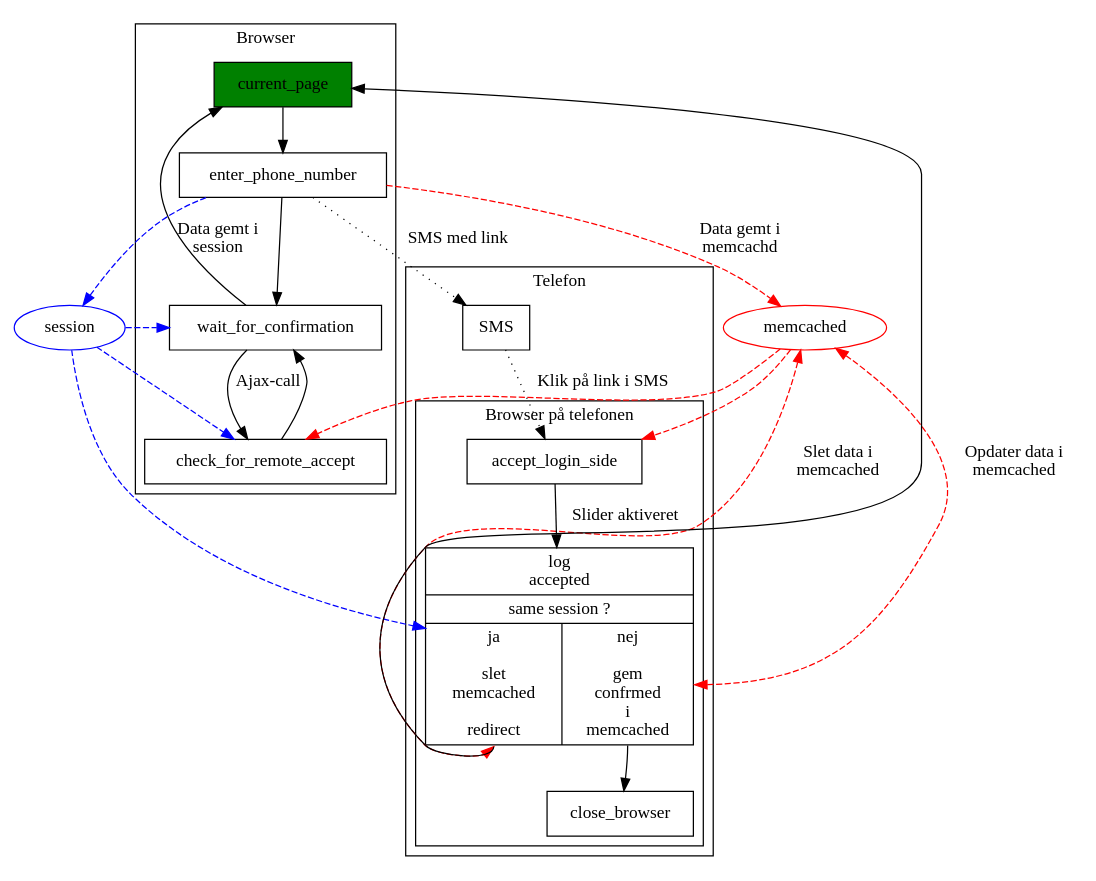
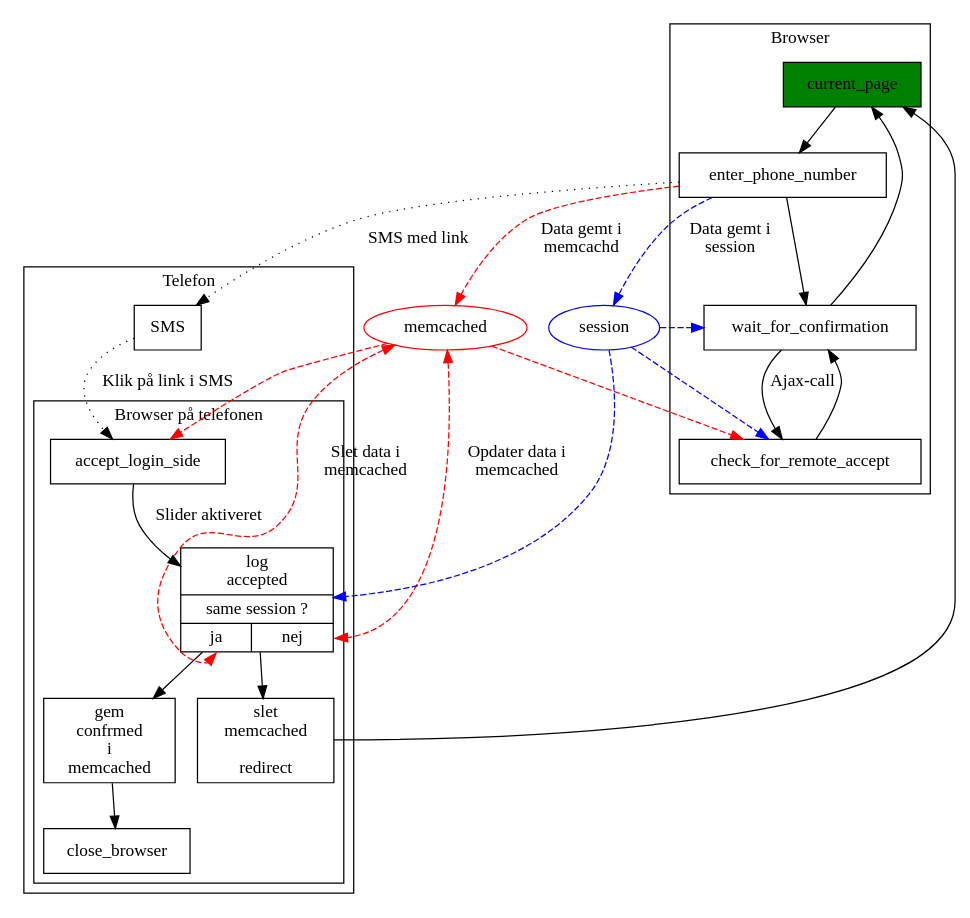
Before and after one commit to alslug/alslug.dk: the diagram in projekter/sms-login.dot, drawn with Graphviz.

```diff
--- a/projekter/sms-login.dot
+++ b/projekter/sms-login.dot
@@ -1,42 +1,46 @@
 digraph xxx {
   node [ shape=box ];
   {
     edge [ style=dashed color=red ];
     enter_phone_number -> memcached [ label="Data gemt i \nmemcachd"]; /////
                           memcached [ shape=ellipse color=red ];
                           memcached -> check_for_remote_accept;
                           memcached -> accept_login_side;
                           memcached -> login_accepted:ja [ label = "Slet data i \nmemcached" dir=both ];
                           memcached -> login_accepted:nej [ label = "Opdater data i \nmemcached" dir=both ];
     edge [ style=dashed color=blue ];
         enter_phone_number -> session [ label="Data gemt i \nsession"];    /////
                               session [ shape=ellipse color=blue ];
                               session -> wait_for_confirmation;
                               session -> check_for_remote_accept;
                               session -> login_accepted;
   }
   subgraph cluster_browser {
     label = "Browser";
     current_page [ style=filled fillcolor=green ];
     current_page -> enter_phone_number -> wait_for_confirmation;
                                           wait_for_confirmation -> check_for_remote_accept [ label="Ajax-call" ];
                                           wait_for_confirmation -> check_for_remote_accept [ dir=back ];
     current_page -> wait_for_confirmation [ dir=back ];
   }
   subgraph cluster_telefon {
     label = "Telefon";
     SMS;
     subgraph cluster_telefon_browser {
       label = "Browser på telefonen";
-      login_accepted [ shape=record label="{log \n accepted | same session ?|{ <ja> ja \n \n slet \n memcached \n \n redirect | <nej> nej \n \n gem \n confrmed \n i \n memcached}}" ];
+      login_accepted [ shape=record label="{log \n accepted | same session ?|{ <ja> ja | <nej> nej }}" ];
+      login_accepted_ja  [ label="slet \n memcached \n \n redirect"  ];
+      login_accepted_nej [ label="gem \n confrmed \n i \n memcached" ];
       accept_login_side -> login_accepted [ label="Slider aktiveret" ];
-      current_page -> login_accepted:ja [ dir=back ];
-                        login_accepted:nej -> close_browser;
+                           login_accepted -> login_accepted_ja;
+                           login_accepted -> login_accepted_nej;
+      current_page -> login_accepted_ja [ dir=back ];
+                      login_accepted_nej -> close_browser;
     }
   }
   {
     edge [ style= dotted ];
     enter_phone_number -> SMS [ label="SMS med link"];
     SMS -> accept_login_side [ label="Klik på link i SMS" ];
   }
 }
```
